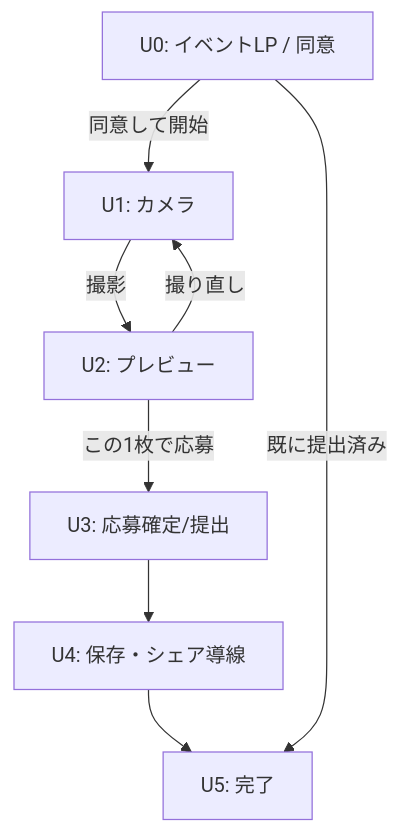
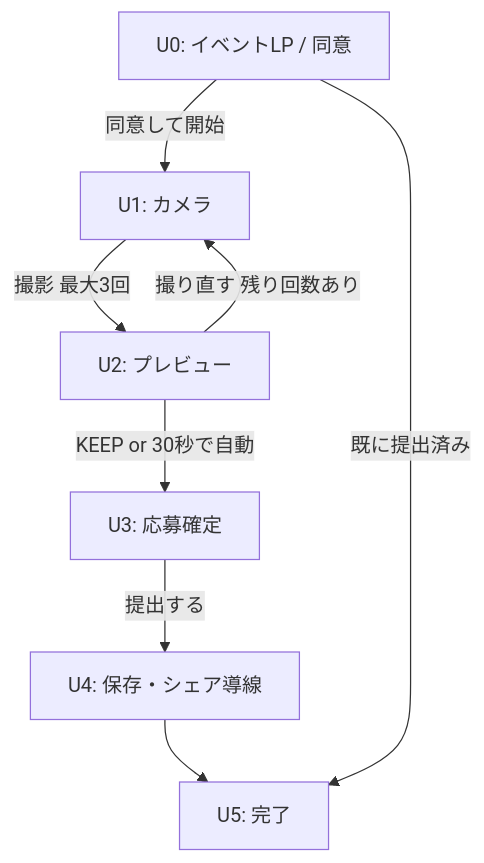
The first of 2 diagrams in docs/02-screen-flows.md (yutamaruyama137-lgtm/anypick), drawn with Mermaid before and after one commit. The commit also changed other lines of this file and 5 other files, not shown here.

````diff
--- a/docs/02-screen-flows.md
+++ b/docs/02-screen-flows.md
@@ -16,10 +21,10 @@
 ```mermaid
 flowchart TD
   A[U0: イベントLP / 同意] -->|同意して開始| B[U1: カメラ]
-  B -->|撮影| C[U2: プレビュー]
-  C -->|撮り直し| B
-  C -->|この1枚で応募| D[U3: 応募確定/提出]
-  D --> E[U4: 保存・シェア導線]
+  B -->|撮影 最大3回| C[U2: プレビュー]
+  C -->|撮り直す 残り回数あり| B
+  C -->|KEEP or 30秒で自動| D[U3: 応募確定]
+  D -->|提出する| E[U4: 保存・シェア導線]
   E --> F[U5: 完了]
   A -->|既に提出済み| F
 ```
````
